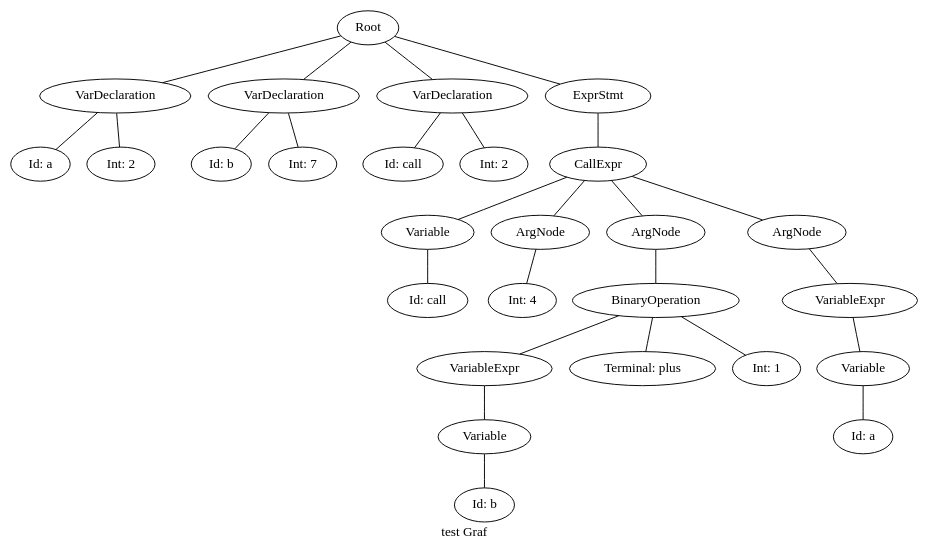
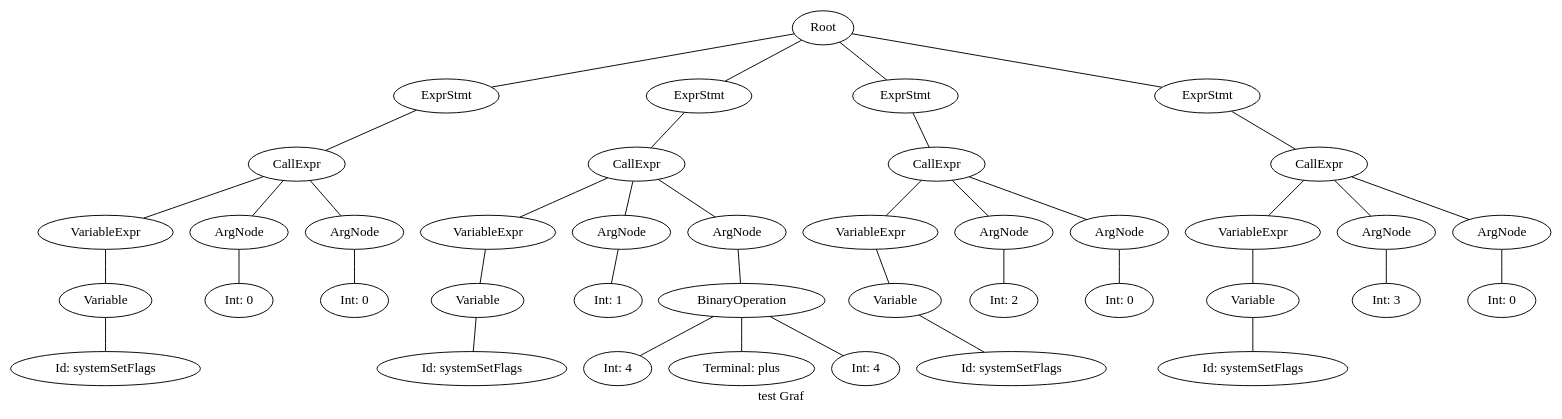
One commit to protective/anno3112 changed the diagram in Server/OrderPrograms/test.aop.dot. Above: the diagram before and after it, drawn with Graphviz. The commit also changed 21 other files, not shown here.

```diff
--- a/Server/OrderPrograms/test.aop.dot
+++ b/Server/OrderPrograms/test.aop.dot
@@ -1,60 +1,86 @@
 graph ""
 {
 #   node [fontsize=10,width=".2", height=".2", margin=0];
 #   graph[fontsize=8];
 label="test Graf"
 n0 ;
 n0 [label="Root"] ;
 n0 -- n1 ;
-n1 [label="VarDeclaration"] ;
+n1 [label="ExprStmt"] ;
 n0 -- n2 ;
-n2 [label="VarDeclaration"] ;
+n2 [label="ExprStmt"] ;
 n0 -- n3 ;
-n3 [label="VarDeclaration"] ;
+n3 [label="ExprStmt"] ;
 n0 -- n4 ;
 n4 [label="ExprStmt"] ;
 n4 -- n5 ;
 n5 [label="CallExpr"] ;
 n5 -- n6 ;
-n6 [label="Variable"] ;
+n6 [label="VariableExpr"] ;
 n6 -- n7 ;
-n7 [label="Id: call"] ;
-n5 -- n8 ;
-n8 [label="ArgNode"] ;
+n7 [label="Variable"] ;
+n7 -- n8 ;
+n8 [label="Id: systemSetFlags"] ;
 n5 -- n9 ;
 n9 [label="ArgNode"] ;
 n5 -- n10 ;
 n10 [label="ArgNode"] ;
 n10 -- n11 ;
-n11 [label="VariableExpr"] ;
-n11 -- n12 ;
-n12 [label="Variable"] ;
-n12 -- n13 ;
-n13 [label="Id: a"] ;
-n9 -- n14 ;
-n14 [label="BinaryOperation"] ;
+n11 [label="Int: 0"] ;
+n9 -- n12 ;
+n12 [label="Int: 3"] ;
+n3 -- n13 ;
+n13 [label="CallExpr"] ;
+n13 -- n14 ;
+n14 [label="VariableExpr"] ;
 n14 -- n15 ;
-n15 [label="VariableExpr"] ;
+n15 [label="Variable"] ;
 n15 -- n16 ;
-n16 [label="Variable"] ;
-n16 -- n17 ;
-n17 [label="Id: b"] ;
-n14 -- n18 ;
-n18 [label="Terminal: plus"] ;
-n14 -- n19 ;
-n19 [label="Int: 1"] ;
-n8 -- n20 ;
-n20 [label="Int: 4"] ;
-n3 -- n21 ;
-n21 [label="Id: call"] ;
-n3 -- n22 ;
-n22 [label="Int: 2"] ;
-n2 -- n23 ;
-n23 [label="Id: b"] ;
-n2 -- n24 ;
-n24 [label="Int: 7"] ;
-n1 -- n25 ;
-n25 [label="Id: a"] ;
-n1 -- n26 ;
-n26 [label="Int: 2"] ;
+n16 [label="Id: systemSetFlags"] ;
+n13 -- n17 ;
+n17 [label="ArgNode"] ;
+n13 -- n18 ;
+n18 [label="ArgNode"] ;
+n18 -- n19 ;
+n19 [label="Int: 0"] ;
+n17 -- n20 ;
+n20 [label="Int: 2"] ;
+n2 -- n21 ;
+n21 [label="CallExpr"] ;
+n21 -- n22 ;
+n22 [label="VariableExpr"] ;
+n22 -- n23 ;
+n23 [label="Variable"] ;
+n23 -- n24 ;
+n24 [label="Id: systemSetFlags"] ;
+n21 -- n25 ;
+n25 [label="ArgNode"] ;
+n21 -- n26 ;
+n26 [label="ArgNode"] ;
+n26 -- n27 ;
+n27 [label="BinaryOperation"] ;
+n27 -- n28 ;
+n28 [label="Int: 4"] ;
+n27 -- n29 ;
+n29 [label="Terminal: plus"] ;
+n27 -- n30 ;
+n30 [label="Int: 4"] ;
+n25 -- n31 ;
+n31 [label="Int: 1"] ;
+n1 -- n32 ;
+n32 [label="CallExpr"] ;
+n32 -- n33 ;
+n33 [label="VariableExpr"] ;
+n33 -- n34 ;
+n34 [label="Variable"] ;
+n34 -- n35 ;
+n35 [label="Id: systemSetFlags"] ;
+n32 -- n36 ;
+n36 [label="ArgNode"] ;
+n32 -- n37 ;
+n37 [label="ArgNode"] ;
+n37 -- n38 ;
+n38 [label="Int: 0"] ;
+n36 -- n39 ;
+n39 [label="Int: 0"] ;
 }
```
